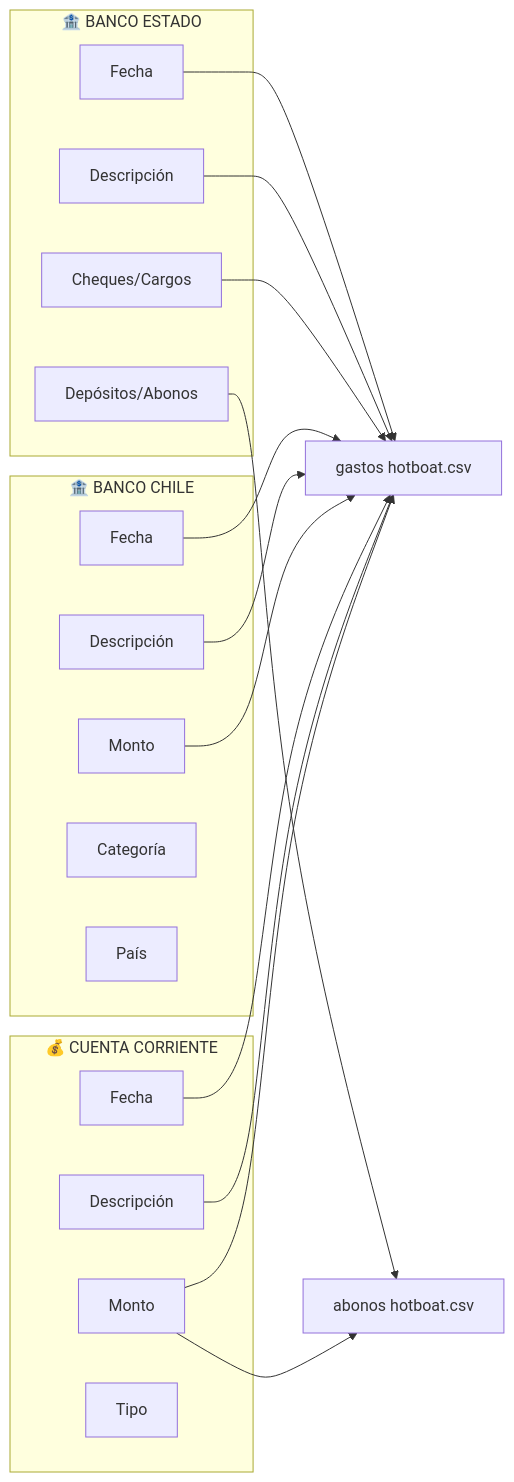
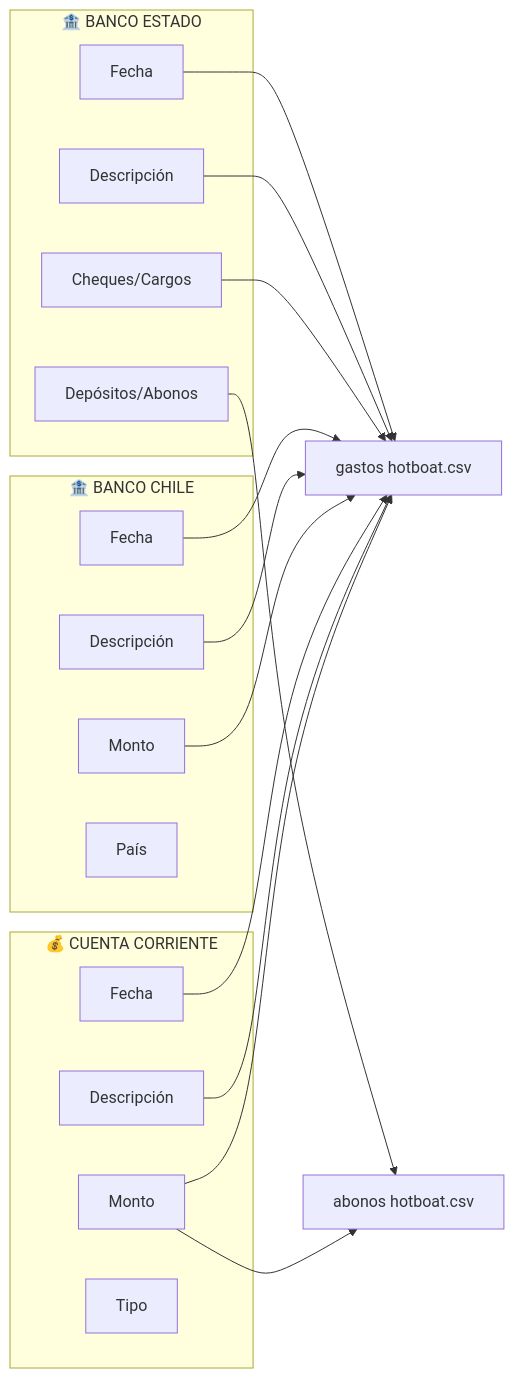
One commit to hotboat123/hotboat-dashboard changed the second of 6 diagrams in DIAGRAMA_FLUJO_DATOS.md. Above: the diagram before and after it, drawn with Mermaid. The commit also changed other lines of this file and 12 other files, not shown here.

````diff
--- a/DIAGRAMA_FLUJO_DATOS.md
+++ b/DIAGRAMA_FLUJO_DATOS.md
@@ -49,37 +49,36 @@
 ```mermaid
 graph LR
     subgraph "🏦 BANCO ESTADO"
         BE1[Fecha]
         BE2[Descripción]
         BE3[Cheques/Cargos]
         BE4[Depósitos/Abonos]
     end
     
     subgraph "🏦 BANCO CHILE"
         BC1[Fecha]
         BC2[Descripción]
         BC3[Monto]
-        BC4[Categoría]
-        BC5[País]
+        BC4[País]
     end
     
     subgraph "💰 CUENTA CORRIENTE"
         CC1[Fecha]
         CC2[Descripción]
         CC3[Monto]
         CC4[Tipo]
     end
     
     BE1 --> G1[gastos hotboat.csv]
     BE2 --> G1
     BE3 --> G1
     BC1 --> G1
     BC2 --> G1
     BC3 --> G1
     CC1 --> G1
     CC2 --> G1
     CC3 --> G1
     
     BE4 --> G2[abonos hotboat.csv]
     CC3 --> G2
 ```
````
